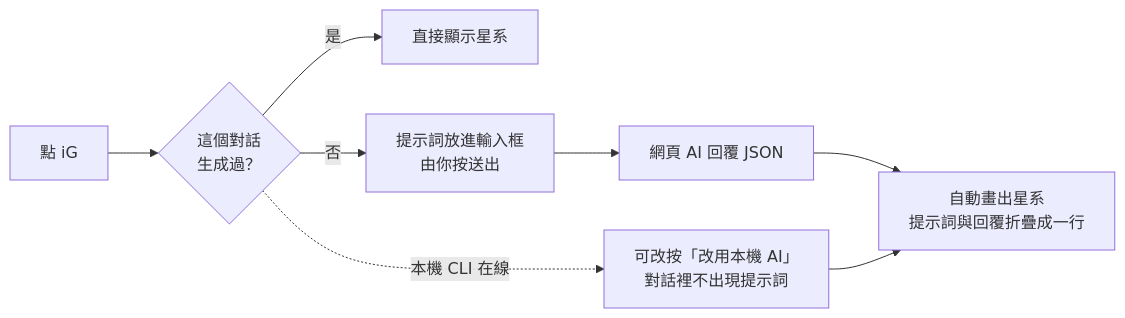
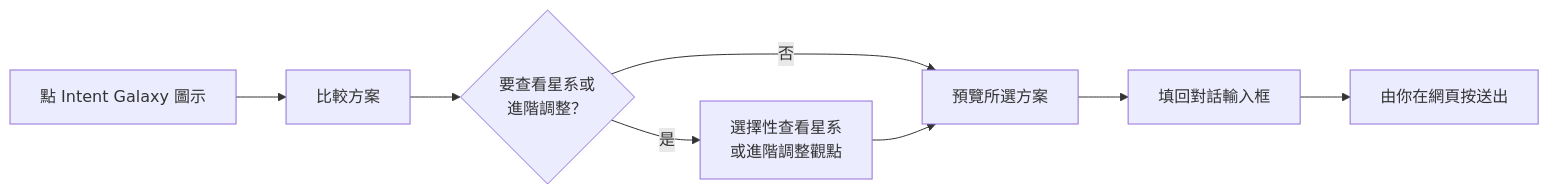
One commit to stephen-taipei/intent-galaxy changed the fourth of 4 diagrams in README.zh-TW.md. Above: the diagram before and after it, drawn with Mermaid. The commit also changed other lines of this file and 157 other files, not shown here.

````diff
--- a/README.zh-TW.md
+++ b/README.zh-TW.md
@@ -235,10 +237,10 @@
 ```mermaid
 flowchart LR
-    A["點 iG"] --> B{"這個對話<br/>生成過？"}
-    B -- 是 --> C["直接顯示星系"]
-    B -- 否 --> D["提示詞放進輸入框<br/>由你按送出"]
-    D --> E["網頁 AI 回覆 JSON"]
-    E --> F["自動畫出星系<br/>提示詞與回覆折疊成一行"]
-    B -. 本機 CLI 在線 .-> G["可改按「改用本機 AI」<br/>對話裡不出現提示詞"]
-    G --> F
+    A["點 Intent Galaxy 圖示"] --> B["比較方案"]
+    B --> C{"要查看星系或<br/>進階調整？"}
+    C -- 是 --> D["選擇性查看星系<br/>或進階調整觀點"]
+    C -- 否 --> E["預覽所選方案"]
+    D --> E
+    E --> F["填回對話輸入框"]
+    F --> G["由你在網頁按送出"]
 ```
````
